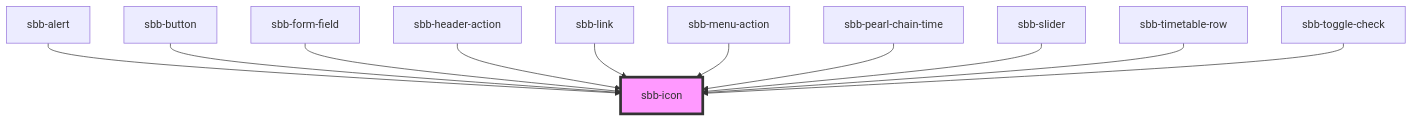
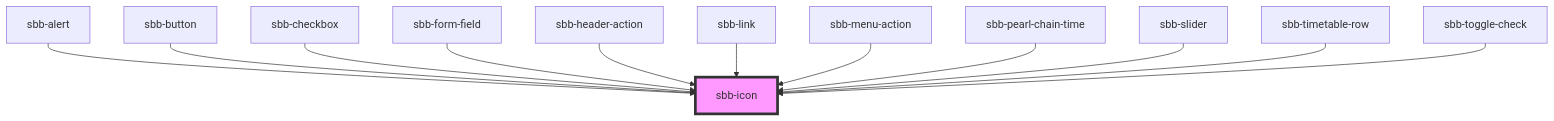
One commit to sbb-design-systems/lyne-components changed the diagram in src/components/sbb-icon/readme.md. Above: the diagram before and after it, drawn with Mermaid. The commit also changed other lines of this file and 9 other files, not shown here.

````diff
--- a/src/components/sbb-icon/readme.md
+++ b/src/components/sbb-icon/readme.md
@@ -111,14 +112,15 @@
 ```mermaid
 graph TD;
   sbb-alert --> sbb-icon
   sbb-button --> sbb-icon
+  sbb-checkbox --> sbb-icon
   sbb-form-field --> sbb-icon
   sbb-header-action --> sbb-icon
   sbb-link --> sbb-icon
   sbb-menu-action --> sbb-icon
   sbb-pearl-chain-time --> sbb-icon
   sbb-slider --> sbb-icon
   sbb-timetable-row --> sbb-icon
   sbb-toggle-check --> sbb-icon
   style sbb-icon fill:#f9f,stroke:#333,stroke-width:4px
 ```
````
